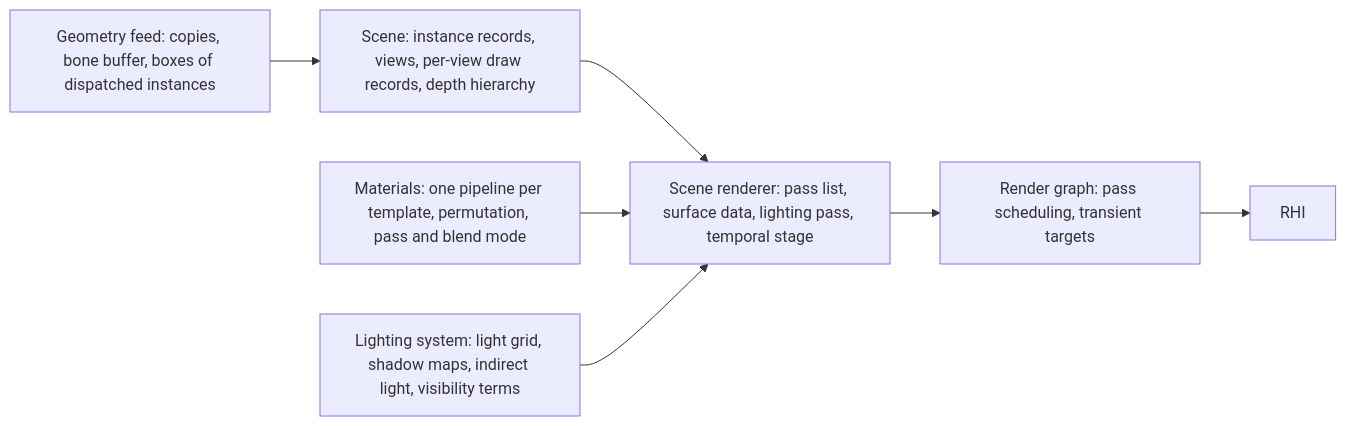
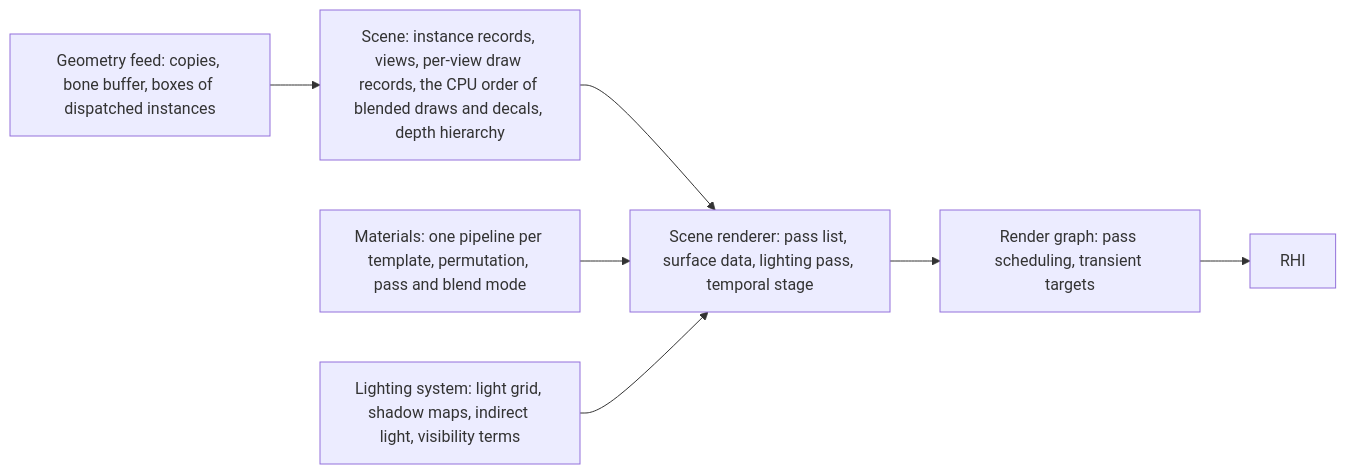
The first of 3 diagrams in docs/architecture/scene-renderer.md (plainsight-systems/bullet-witch), drawn with Mermaid before and after one commit. The commit also changed other lines of this file and 13 other files, not shown here.

````diff
--- a/docs/architecture/scene-renderer.md
+++ b/docs/architecture/scene-renderer.md
@@ -22,9 +22,9 @@
 ```mermaid
 flowchart LR
-    GF["Geometry feed: copies, bone buffer, boxes of dispatched instances"] --> SC["Scene: instance records, views, per-view draw records, depth hierarchy"]
+    GF["Geometry feed: copies, bone buffer, boxes of dispatched instances"] --> SC["Scene: instance records, views, per-view draw records, the CPU order of blended draws and decals, depth hierarchy"]
     SC --> SR["Scene renderer: pass list, surface data, lighting pass, temporal stage"]
     MT["Materials: one pipeline per template, permutation, pass and blend mode"] --> SR
     LT["Lighting system: light grid, shadow maps, indirect light, visibility terms"] --> SR
     SR --> RG["Render graph: pass scheduling, transient targets"]
     RG --> RHI["RHI"]
 ```
````
